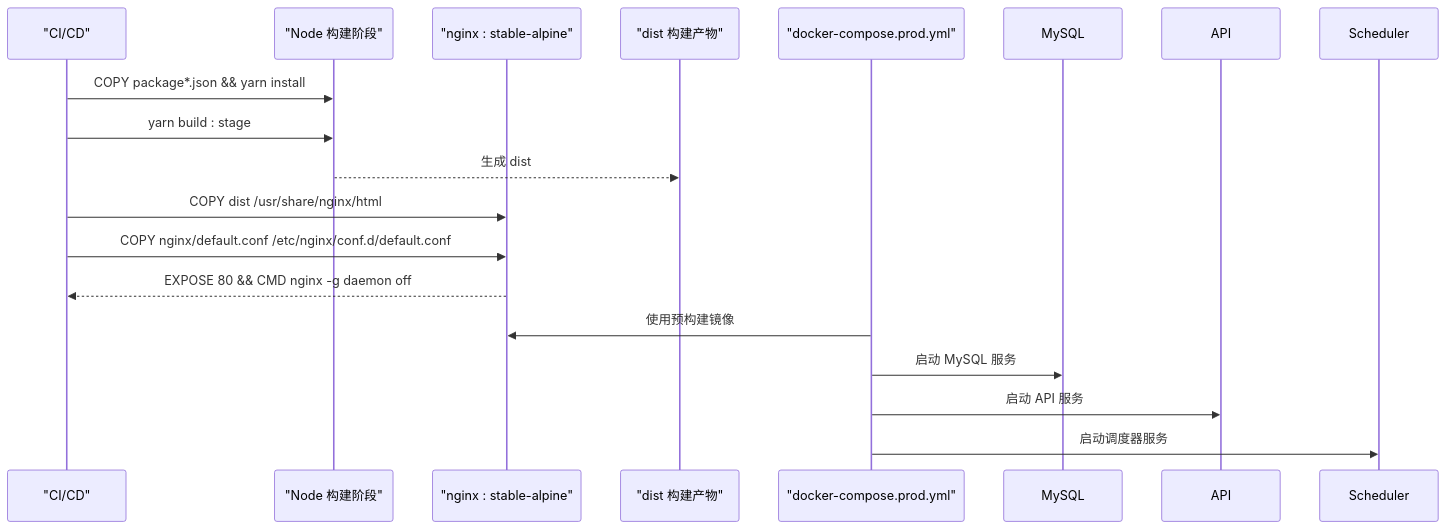
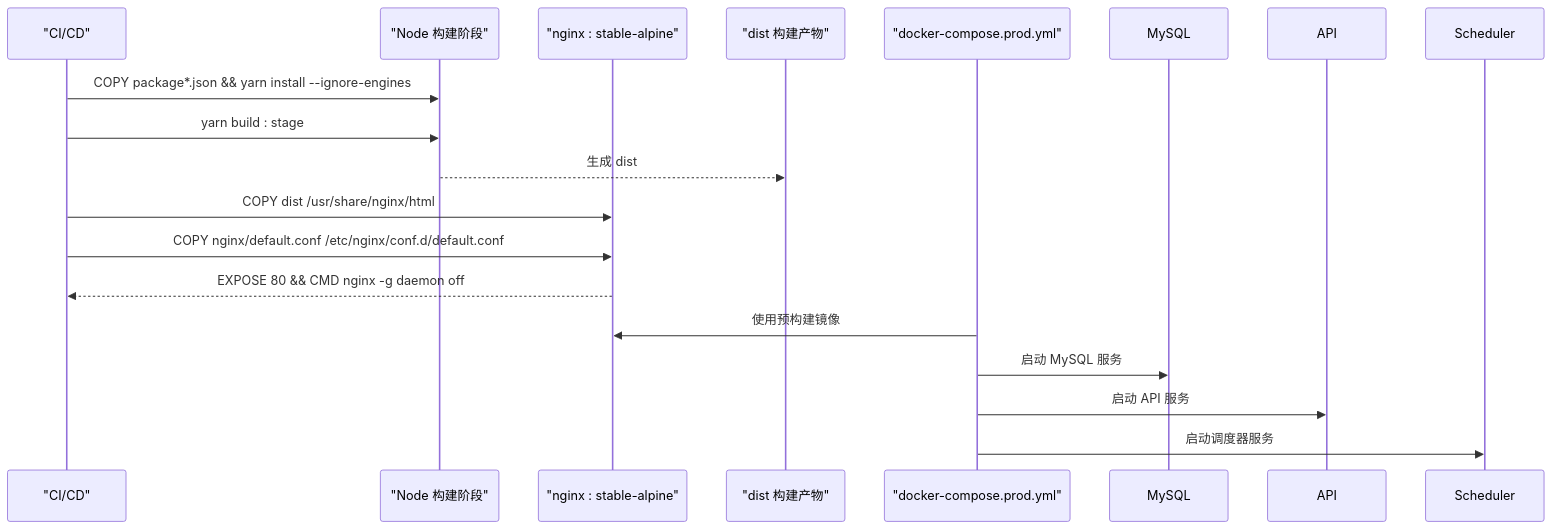
One commit to TinyMaD/SpeedRunnersLab changed the fifth of 10 diagrams in .qoder/repowiki/zh/content/前端应用/构建部署/构建部署.md. Above: the diagram before and after it, drawn with Mermaid. The commit also changed other lines of this file and 4 other files, not shown here.

````diff
--- a/.qoder/repowiki/zh/content/前端应用/构建部署/构建部署.md
+++ b/.qoder/repowiki/zh/content/前端应用/构建部署/构建部署.md
@@ -295,18 +293,18 @@
 ```mermaid
 sequenceDiagram
 participant CI as "CI/CD"
 participant Node as "Node 构建阶段"
 participant NginxImg as "nginx : stable-alpine"
 participant Dist as "dist 构建产物"
 participant ProdCompose as "docker-compose.prod.yml"
-CI->>Node : COPY package*.json && yarn install
+CI->>Node : COPY package*.json && yarn install --ignore-engines
 CI->>Node : yarn build : stage
 Node-->>Dist : 生成 dist
 CI->>NginxImg : COPY dist /usr/share/nginx/html
 CI->>NginxImg : COPY nginx/default.conf /etc/nginx/conf.d/default.conf
 NginxImg-->>CI : EXPOSE 80 && CMD nginx -g daemon off
 ProdCompose->>NginxImg : 使用预构建镜像
 ProdCompose->>MySQL : 启动 MySQL 服务
 ProdCompose->>API : 启动 API 服务
 ProdCompose->>Scheduler : 启动调度器服务
 ```
````
